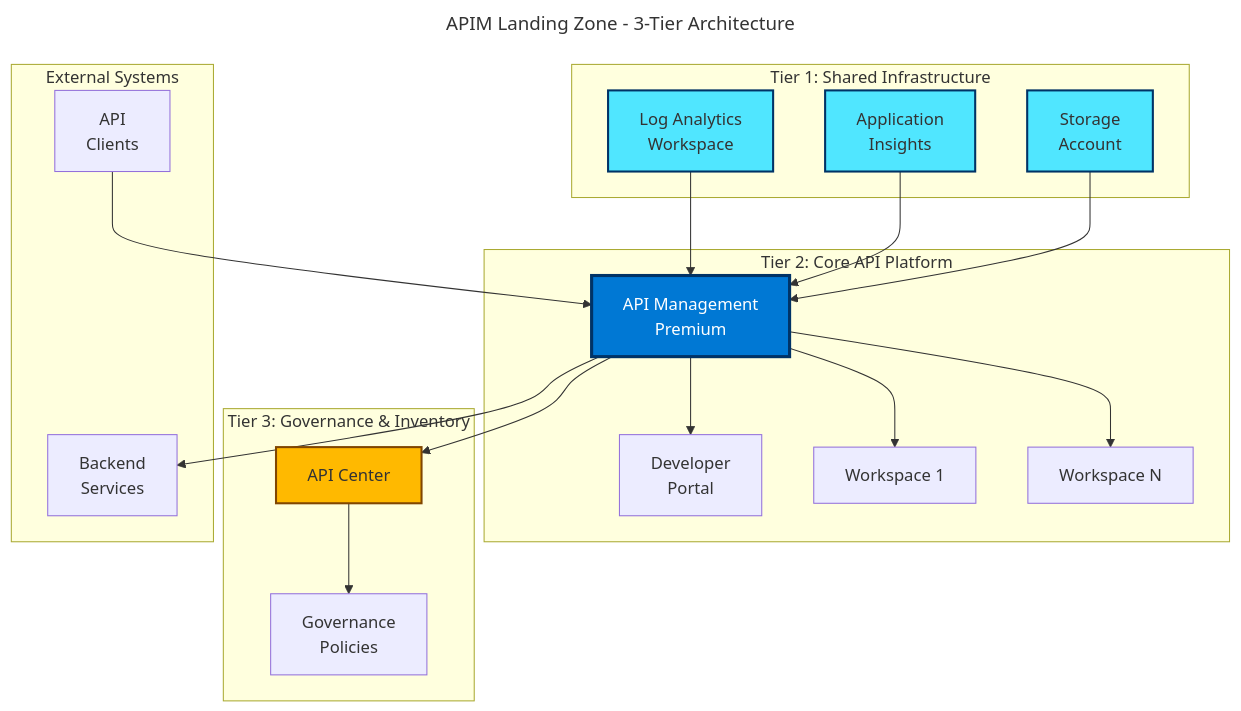
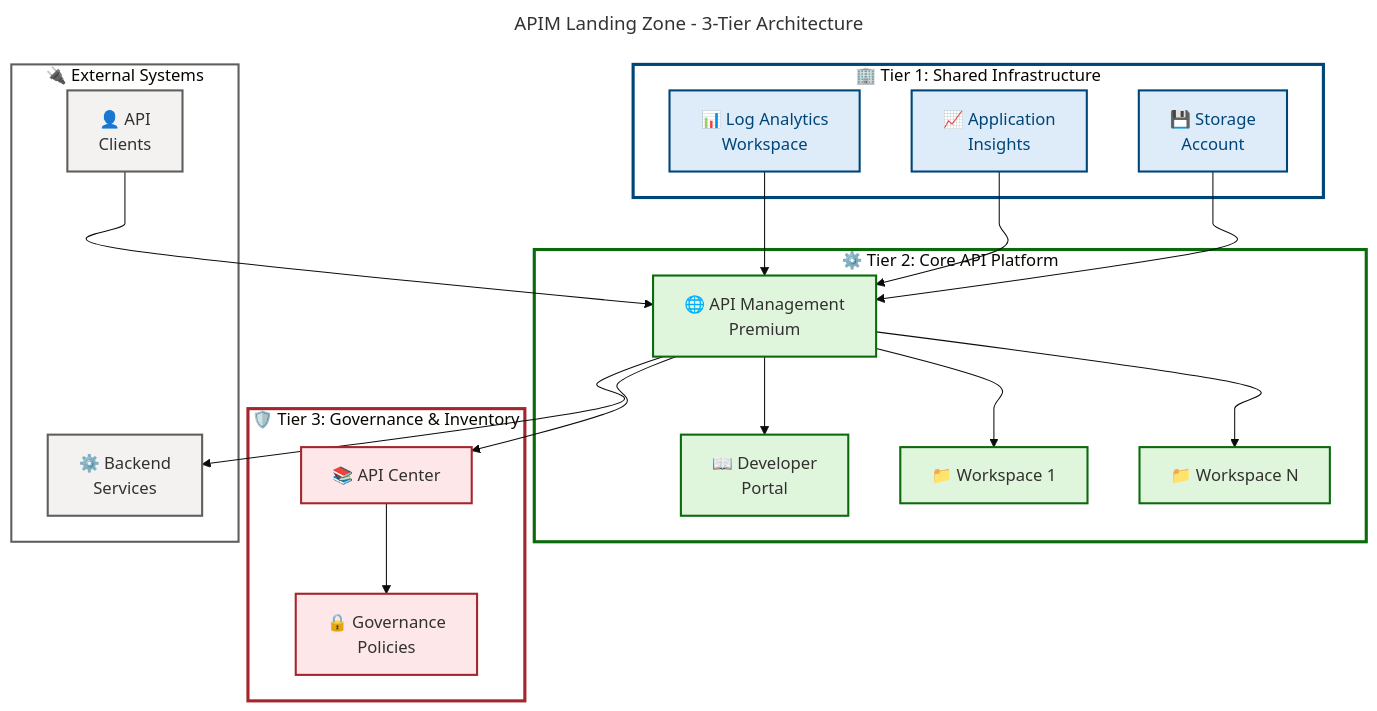
Before and after one commit to Evilazaro/APIM-Accelerator: the diagram in README.md, drawn with Mermaid.

Commit message:
Enhance flowchart in README.md with improved accessibility features, centralized styling, and detailed descriptions for the 3-tier architecture.

````diff
--- a/README.md
+++ b/README.md
@@ -90,48 +90,78 @@
 ```mermaid
 ---
 title: "APIM Landing Zone - 3-Tier Architecture"
+config:
+  theme: base
+  themeVariables:
+    fontSize: '16px'
+  flowchart:
+    htmlLabels: false
+    curve: cardinal
 ---
 flowchart TB
-    subgraph "Tier 1: Shared Infrastructure"
-        LA[Log Analytics<br/>Workspace]
-        AI[Application<br/>Insights]
-        SA[Storage<br/>Account]
+    accTitle: APIM Landing Zone 3-Tier Architecture
+    accDescr: Modular architecture separating shared infrastructure, core API platform, and governance capabilities with monitoring and external systems integration
+
+    %% ═══════════════════════════════════════════════════════════════════════════
+    %% AZURE / FLUENT ARCHITECTURE PATTERN v1.1
+    %% (Semantic + Structural + Font + Accessibility Governance)
+    %% ═══════════════════════════════════════════════════════════════════════════
+    %% PHASE 1 - STRUCTURAL: TB direction explicit, 1-level nesting, 4 subgraphs, 10 nodes
+    %% PHASE 2 - SEMANTIC: 4 colors (azureBlue, azureGreen, azureOrange, neutralGrey) within 5 limit
+    %%   azureBlue: Shared monitoring infrastructure | azureGreen: Core platform components
+    %%   azureOrange: Governance and security | neutralGrey: External systems
+    %% PHASE 3 - FONT: Dark text #323130 on light backgrounds (WCAG AA 4.5:1)
+    %%   Special: APIM uses #004578 for emphasis as primary platform component
+    %% PHASE 4 - ACCESSIBILITY: accTitle/accDescr present, icons on all 10 nodes
+    %% PHASE 5 - STANDARD: v1.1 format, 4 subgraphs, 4 style directives, 4 classDefs centralized
+    %% ═══════════════════════════════════════════════════════════════════════════
+
+    subgraph tier1["🏢 Tier 1: Shared Infrastructure"]
+        LA["📊 Log Analytics<br/>Workspace"]:::azureBlue
+        AI["📈 Application<br/>Insights"]:::azureBlue
+        SA["💾 Storage<br/>Account"]:::azureBlue
     end
 
-    subgraph "Tier 2: Core API Platform"
-        APIM[API Management<br/>Premium]
-        DEV[Developer<br/>Portal]
-        WS1[Workspace 1]
-        WS2[Workspace N]
+    subgraph tier2["⚙️ Tier 2: Core API Platform"]
+        APIM["🌐 API Management<br/>Premium"]:::azureGreen
+        DEV["📖 Developer<br/>Portal"]:::azureGreen
+        WS1["📁 Workspace 1"]:::azureGreen
+        WS2["📁 Workspace N"]:::azureGreen
 
         APIM --> DEV
         APIM --> WS1
         APIM --> WS2
     end
 
-    subgraph "Tier 3: Governance & Inventory"
-        APIC[API Center]
-        GOV[Governance<br/>Policies]
+    subgraph tier3["🛡️ Tier 3: Governance & Inventory"]
+        APIC["📚 API Center"]:::azureOrange
+        GOV["🔒 Governance<br/>Policies"]:::azureOrange
 
         APIC --> GOV
     end
 
-    subgraph "External Systems"
-        BACKEND[Backend<br/>Services]
-        CLIENT[API<br/>Clients]
+    subgraph external["🔌 External Systems"]
+        BACKEND["⚙️ Backend<br/>Services"]:::neutralGrey
+        CLIENT["👤 API<br/>Clients"]:::neutralGrey
     end
 
     LA --> APIM
     AI --> APIM
     SA --> APIM
 
     APIM --> APIC
     APIM --> BACKEND
     CLIENT --> APIM
 
-    style APIM fill:#0078D4,stroke:#003366,stroke-width:3px,color:#fff
-    style LA fill:#50E6FF,stroke:#003366,stroke-width:2px
-    style AI fill:#50E6FF,stroke:#003366,stroke-width:2px
-    style SA fill:#50E6FF,stroke:#003366,stroke-width:2px
-    style APIC fill:#FFB900,stroke:#804600,stroke-width:2px
+    %% Centralized classDefs (4 semantic colors)
+    classDef azureBlue fill:#DEECF9,stroke:#004578,stroke-width:2px,color:#004578
+    classDef azureGreen fill:#DFF6DD,stroke:#0B6A0B,stroke-width:2px,color:#323130
+    classDef azureOrange fill:#FDE7E9,stroke:#A4262C,stroke-width:2px,color:#323130
+    classDef neutralGrey fill:#F3F2F1,stroke:#605E5C,stroke-width:2px,color:#323130
+
+    %% Subgraph styling (4 subgraphs = 4 style directives)
+    style tier1 fill:#FFFFFF,stroke:#004578,stroke-width:3px
+    style tier2 fill:#FFFFFF,stroke:#0B6A0B,stroke-width:3px
+    style tier3 fill:#FFFFFF,stroke:#A4262C,stroke-width:3px
+    style external fill:#FFFFFF,stroke:#605E5C,stroke-width:2px
 ```
````
